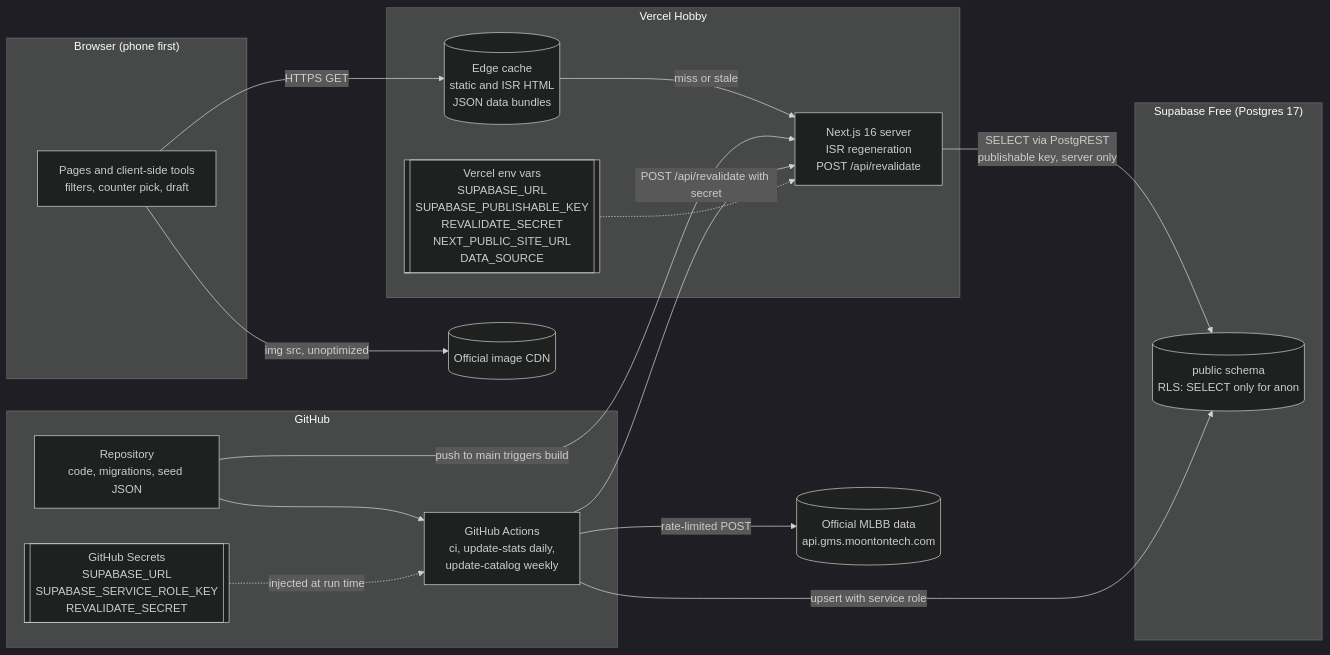
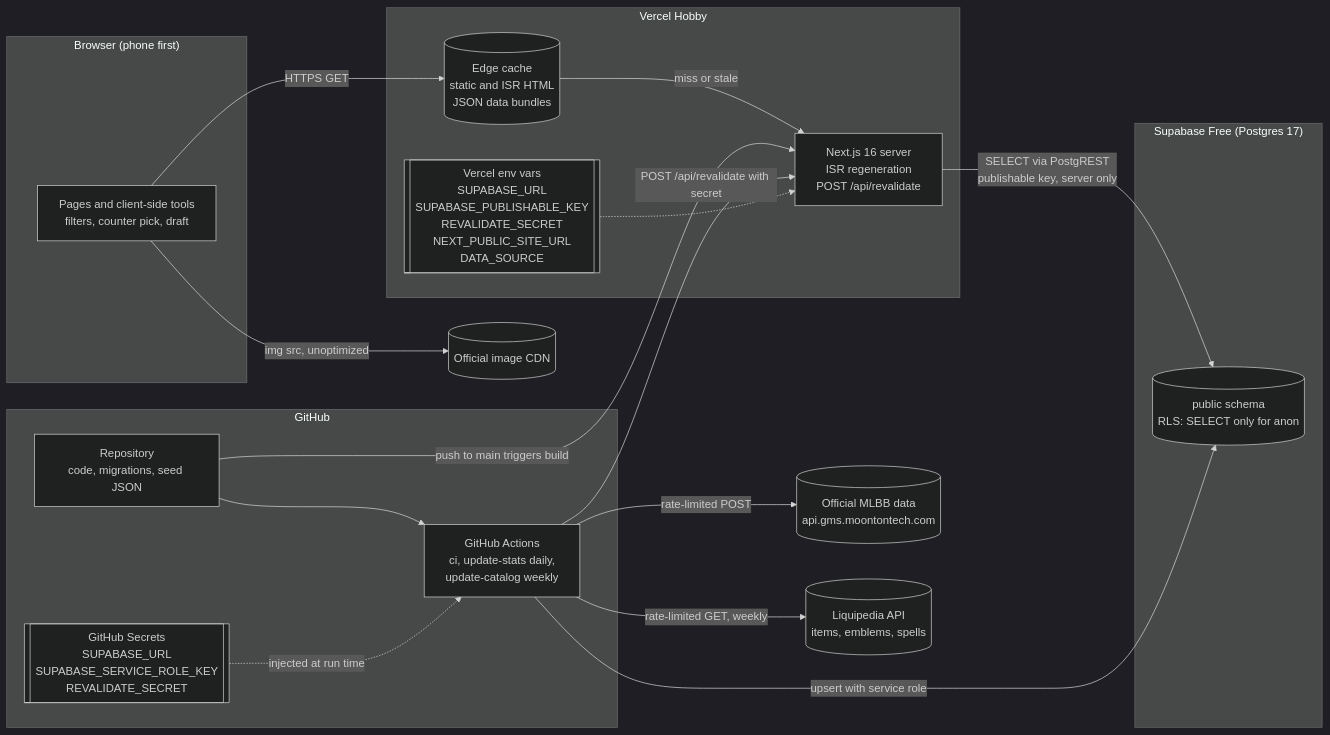
Before and after one commit to Vonfring/meta-pick-mlbb: the first of 3 diagrams in docs/architecture.md, drawn with Mermaid (dark theme). The commit also changed other lines of this file and 23 other files, not shown here.

````diff
--- a/docs/architecture.md
+++ b/docs/architecture.md
@@ -15,33 +27,35 @@
 ```mermaid
 flowchart LR
     subgraph Browser["Browser (phone first)"]
         UI["Pages and client-side tools<br/>filters, counter pick, draft"]
     end
     subgraph Vercel["Vercel Hobby"]
         EDGE[("Edge cache<br/>static and ISR HTML<br/>JSON data bundles")]
         APP["Next.js 16 server<br/>ISR regeneration<br/>POST /api/revalidate"]
         VENV[["Vercel env vars<br/>SUPABASE_URL<br/>SUPABASE_PUBLISHABLE_KEY<br/>REVALIDATE_SECRET<br/>NEXT_PUBLIC_SITE_URL<br/>DATA_SOURCE"]]
     end
     subgraph Supabase["Supabase Free (Postgres 17)"]
         DB[("public schema<br/>RLS: SELECT only for anon")]
     end
     subgraph GitHub["GitHub"]
         REPO["Repository<br/>code, migrations, seed JSON"]
         GHA["GitHub Actions<br/>ci, update-stats daily,<br/>update-catalog weekly"]
         GSEC[["GitHub Secrets<br/>SUPABASE_URL<br/>SUPABASE_SERVICE_ROLE_KEY<br/>REVALIDATE_SECRET"]]
     end
     SRC[("Official MLBB data<br/>api.gms.moontontech.com")]
+    WIKI[("Liquipedia API<br/>items, emblems, spells")]
     IMG[("Official image CDN")]
 
     UI -->|"HTTPS GET"| EDGE
     EDGE -->|"miss or stale"| APP
     APP -->|"SELECT via PostgREST<br/>publishable key, server only"| DB
     UI -->|"img src, unoptimized"| IMG
     REPO -->|"push to main triggers build"| APP
     REPO --> GHA
     GSEC -.->|"injected at run time"| GHA
     GHA -->|"rate-limited POST"| SRC
+    GHA -->|"rate-limited GET, weekly"| WIKI
     GHA -->|"upsert with service role"| DB
     GHA -->|"POST /api/revalidate with secret"| APP
     VENV -.-> APP
 ```
````
